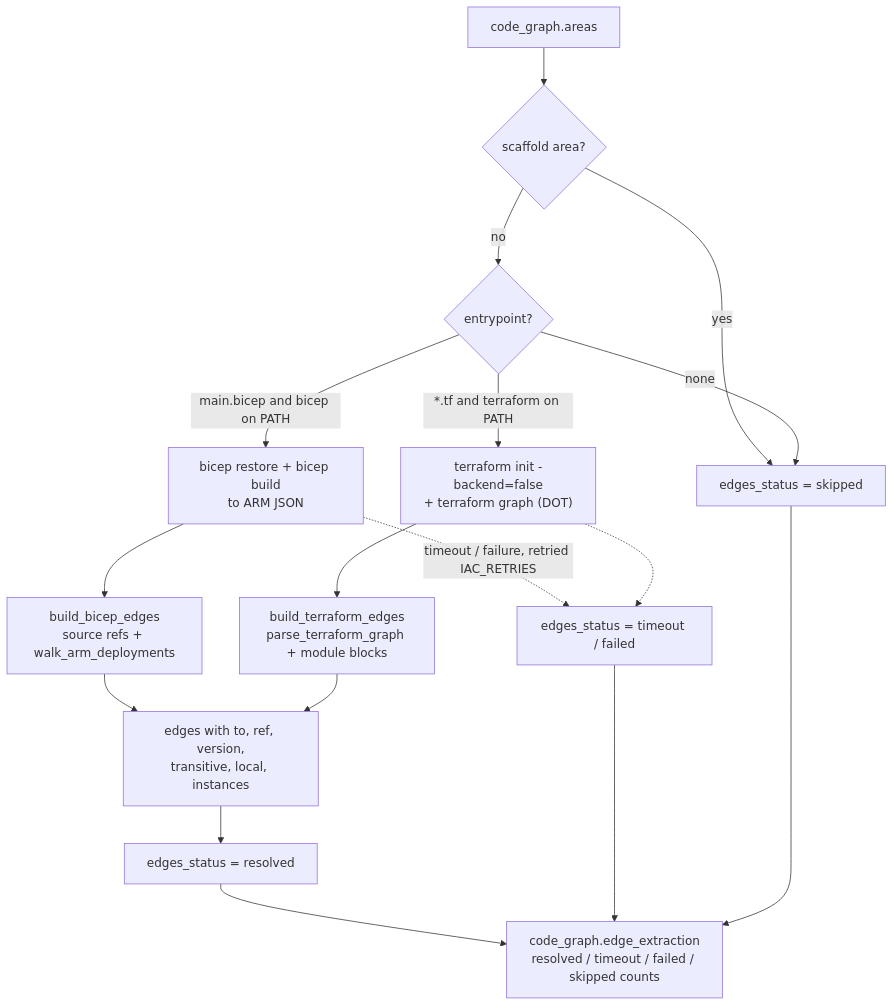
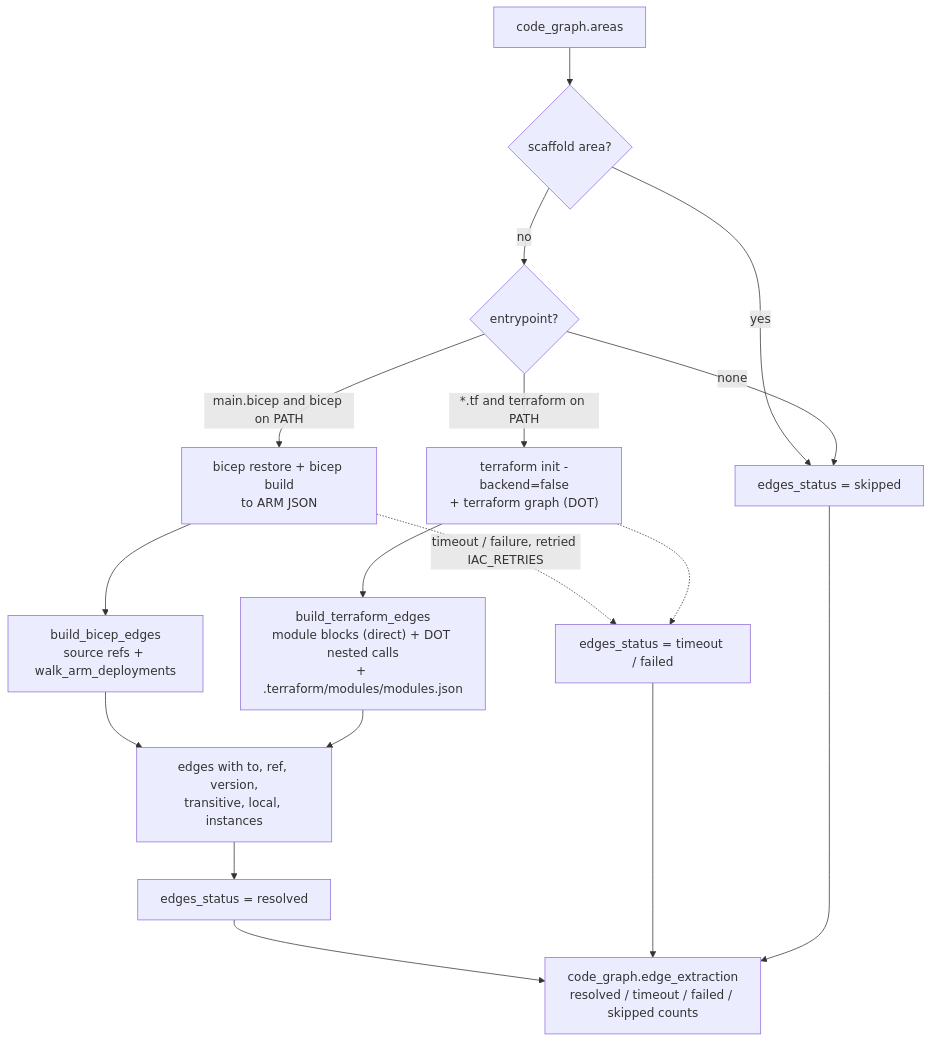
The third of 11 diagrams in .claude/skills/activity-overview/docs/LLD.md (DamianFlynn/experiments), drawn with Mermaid before and after one commit. The commit also changed other lines of this file and 12 other files, not shown here.

````diff
--- a/.claude/skills/activity-overview/docs/LLD.md
+++ b/.claude/skills/activity-overview/docs/LLD.md
@@ -246,19 +246,19 @@
 ```mermaid
 flowchart TB
   A["code_graph.areas"] --> B{"scaffold area?"}
   B -- yes --> SK["edges_status = skipped"]
   B -- no --> C{"entrypoint?"}
   C -- "main.bicep and bicep on PATH" --> BI["bicep restore + bicep build<br/>to ARM JSON"]
   C -- "*.tf and terraform on PATH" --> TF["terraform init -backend=false<br/>+ terraform graph (DOT)"]
   C -- none --> SK
   BI --> BE["build_bicep_edges<br/>source refs + walk_arm_deployments"]
-  TF --> TE["build_terraform_edges<br/>parse_terraform_graph + module blocks"]
+  TF --> TE["build_terraform_edges<br/>module blocks (direct) + DOT nested calls<br/>+ .terraform/modules/modules.json"]
   BE --> R["edges with to, ref, version,<br/>transitive, local, instances"]
   TE --> R
   BI -. "timeout / failure, retried IAC_RETRIES" .-> F["edges_status = timeout / failed"]
   TF -.-> F
   R --> OK["edges_status = resolved"]
   OK --> AGG["code_graph.edge_extraction<br/>resolved / timeout / failed / skipped counts"]
   F --> AGG
   SK --> AGG
 ```
````
